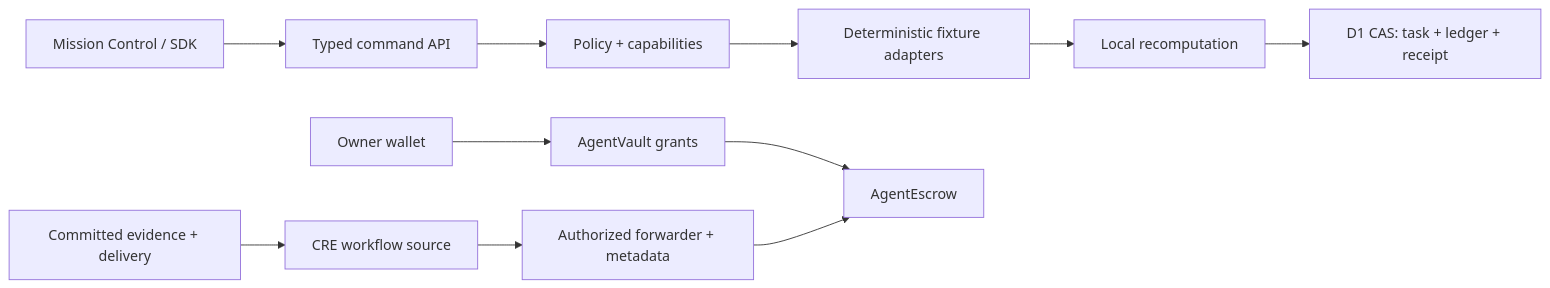
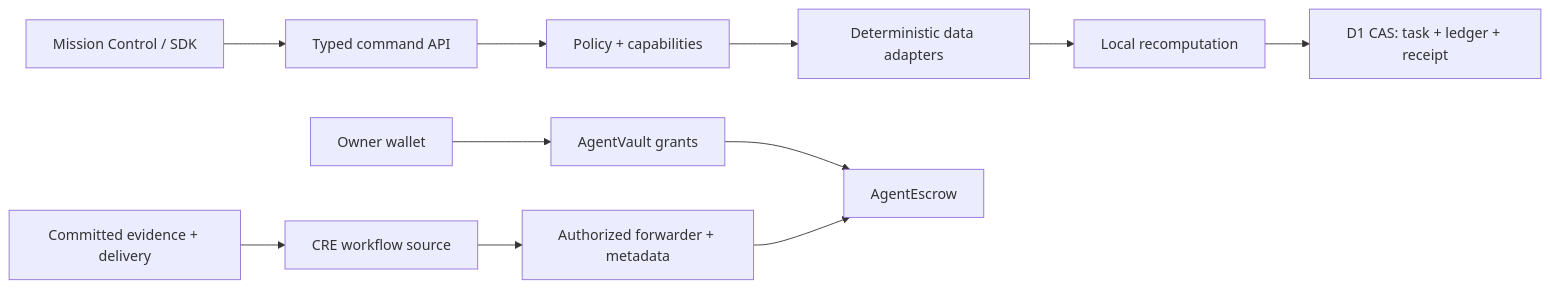
One commit to Michael2008S/ETHAgentOS changed the diagram in docs/ARCHITECTURE.md. Above: the diagram before and after it, drawn with Mermaid. The commit also changed other lines of this file and 14 other files, not shown here.

````diff
--- a/docs/ARCHITECTURE.md
+++ b/docs/ARCHITECTURE.md
@@ -20,13 +20,13 @@
 ```mermaid
 flowchart LR
  U[Mission Control / SDK] --> A[Typed command API]
  A --> P[Policy + capabilities]
- P --> E[Deterministic fixture adapters]
+ P --> E[Deterministic data adapters]
  E --> V[Local recomputation]
  V --> D[D1 CAS: task + ledger + receipt]
  B[Owner wallet] --> G[AgentVault grants]
  G --> C[AgentEscrow]
  H[Committed evidence + delivery] --> R[CRE workflow source]
  R --> F[Authorized forwarder + metadata]
  F --> C
 ```
````
